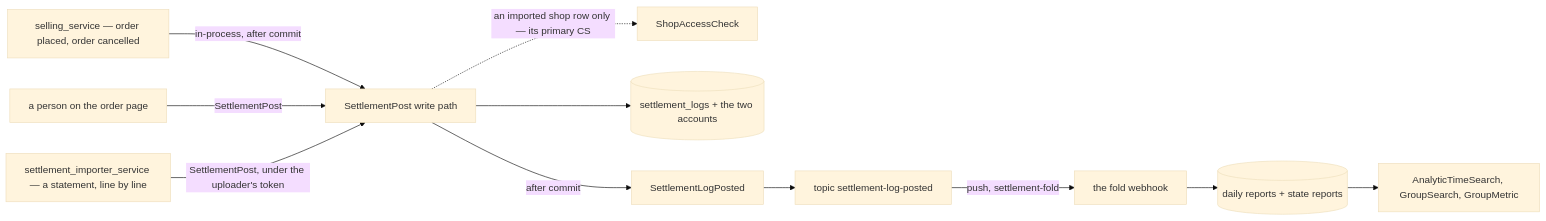
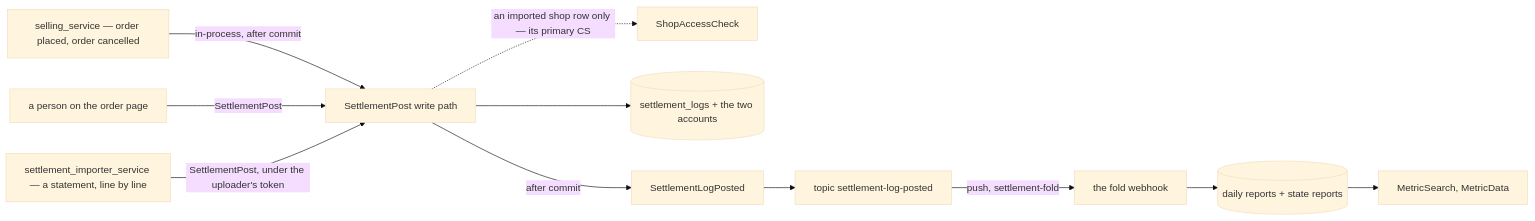
Before and after one commit to pdcgo/warehouse_revamp: the first of 7 diagrams in docs/services/settlement_service/rpc.md, drawn with Mermaid (base theme). The commit also changed other lines of this file and 57 other files, not shown here.

First line of the commit message:
feat(settlement): the reports move to the analytic pattern — MetricSearch / MetricData

````diff
--- a/docs/services/settlement_service/rpc.md
+++ b/docs/services/settlement_service/rpc.md
@@ -25,13 +24,13 @@
 ```mermaid
 flowchart LR
   O["selling_service — order placed, order cancelled"] -->|"in-process, after commit"| W["SettlementPost write path"]
   P["a person on the order page"] -->|"SettlementPost"| W
   X["settlement_importer_service — a statement, line by line"] -->|"SettlementPost, under the uploader's token"| W
   W -.->|"an imported shop row only — its primary CS"| SH["ShopAccessCheck"]
   W --> L[("settlement_logs + the two accounts")]
   W -->|"after commit"| E["SettlementLogPosted"]
   E --> T["topic settlement-log-posted"]
   T -->|"push, settlement-fold"| F["the fold webhook"]
   F --> R[("daily reports + state reports")]
-  R --> A["AnalyticTimeSearch, GroupSearch, GroupMetric"]
+  R --> A["MetricSearch, MetricData"]
 ```
````
